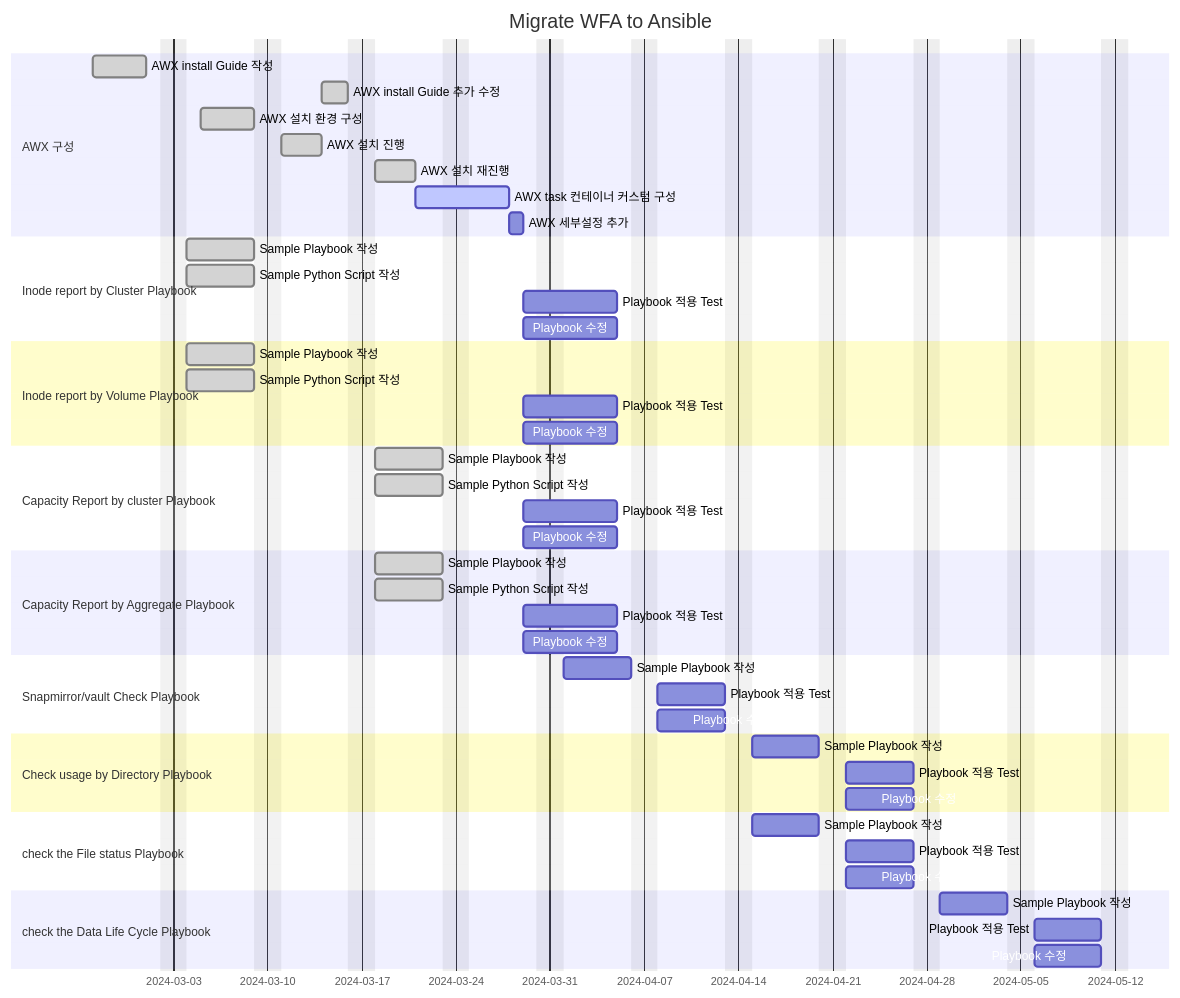
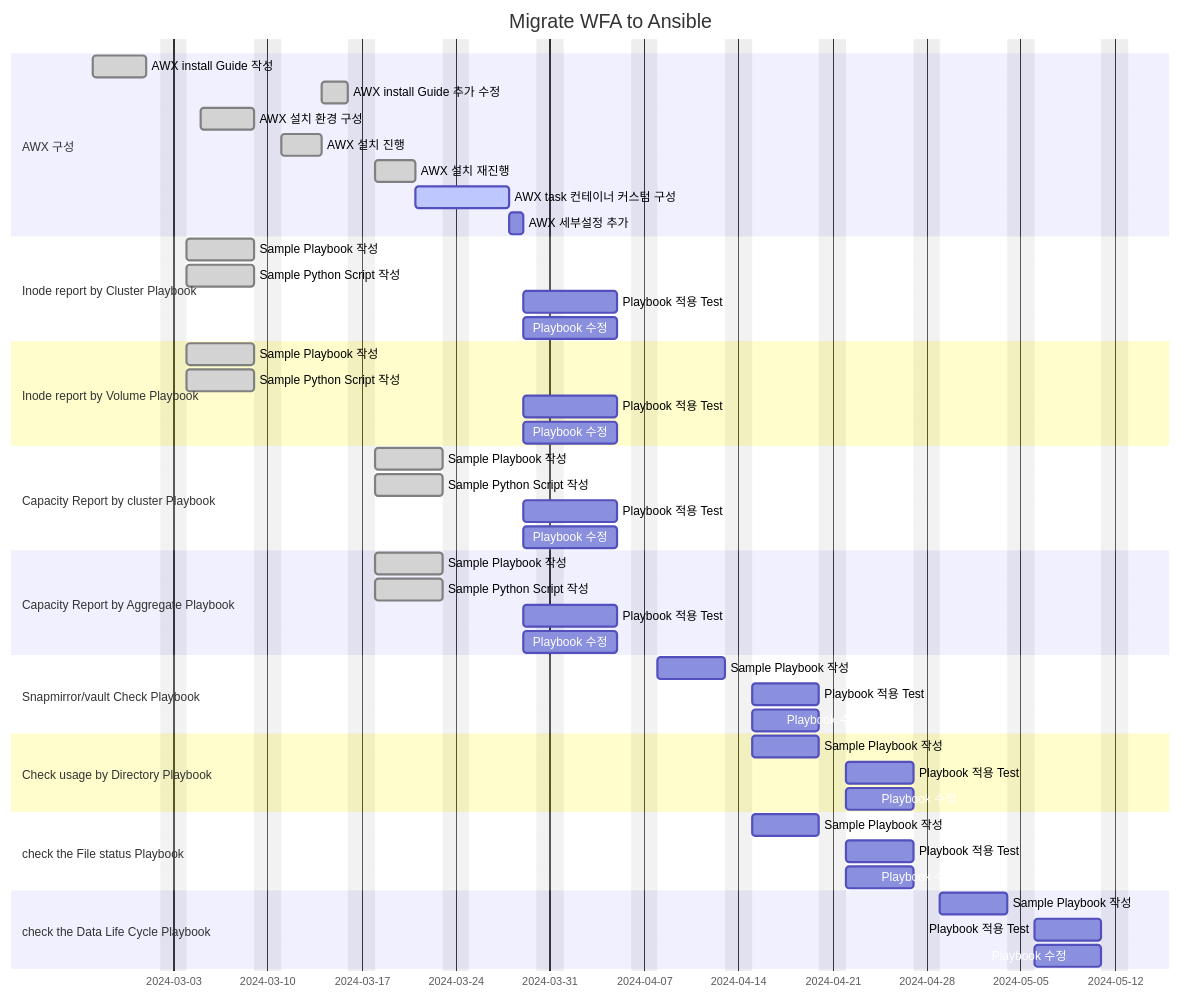
Before and after one commit to netappkr/AnsiblePlaybook: the diagram in SKHynix/Readme.md, drawn with Mermaid.

````diff
--- a/SKHynix/Readme.md
+++ b/SKHynix/Readme.md
@@ -64,60 +64,60 @@
 ```mermaid
 gantt
     title Migrate WFA to Ansible
     dateFormat  YYYY-MM-DD
     excludes    weekends
 
     section AWX 구성
     AWX install Guide 작성  : done, awx1, 2024-02-26, 4d
     AWX install Guide 추가 수정  : done, awx1-1, after awx3, 2d
     AWX 설치 환경 구성  : done, awx2, 2024-03-05, 4d
     AWX 설치 진행 : done, awx3, after awx2 , 3d
     AWX 설치 재진행 : done, awx3-1, after awx1-1 , 3d
     AWX task 컨테이너 커스텀 구성: active, awx3-2, after awx3-1, 5d
     AWX 세부설정 추가 : awx4, after awx3-2, 1d
     
 
     section Inode report by Cluster Playbook
     Sample Playbook 작성 : done,p1-1, 2024-03-04, 5d
     Sample Python Script 작성 : done, p1-2, 2024-03-04, 5d
     Playbook 적용 Test: p1-3, after awx4,  5d
     Playbook 수정 : p1-4, after awx4 , 5d
 
     section Inode report by Volume Playbook
     Sample Playbook 작성 : done, p2-1, 2024-03-04, 5d
     Sample Python Script 작성 : done, p2-2, 2024-03-04, 5d
     Playbook 적용 Test: p2-3, after awx4,  5d
     Playbook 수정 : p2-4, after awx4 , 5d
 
     section Capacity Report by cluster Playbook
     Sample Playbook 작성 : done, p3-1, 2024-03-18, 5d
     Sample Python Script 작성 : done, p3-2, 2024-03-18, 5d
     Playbook 적용 Test: p3-3, after awx4,  5d
     Playbook 수정 : p3-4, after awx4 , 5d
 
     section Capacity Report by Aggregate Playbook
     Sample Playbook 작성 : done, p4-1, 2024-03-18, 5d
     Sample Python Script 작성 : done, p4-2, 2024-03-18, 5d
     Playbook 적용 Test: p4-3, after awx4,  5d
     Playbook 수정 : p4-3, after awx4 , 5d
 
     section Snapmirror/vault Check Playbook
-    Sample Playbook 작성 : p6-1, 2024-04-01, 5d
+    Sample Playbook 작성 : p6-1, 2024-04-08, 5d
     Playbook 적용 Test: p6-2, after p6-1,  5d
     Playbook 수정 : p6-3, after p6-1 , 5d
 
     section Check usage by Directory Playbook
     Sample Playbook 작성 : p7-1, 2024-04-15, 5d
     Playbook 적용 Test: p7-2, after p7-1,  5d
     Playbook 수정 : p7-3, after p7-1 , 5d
 
     section check the File status Playbook
     Sample Playbook 작성 : p8-1, 2024-04-15, 5d
     Playbook 적용 Test: p8-2, after p8-1,  5d
     Playbook 수정 : p8-3, after p8-1 , 5d
 
     section check the Data Life Cycle Playbook
     Sample Playbook 작성 : p10-1, 2024-04-29, 5d
     Playbook 적용 Test: p10-2, after p10-1,  5d
     Playbook 수정 : p10-3, after p10-1 , 5d
 ```
````
